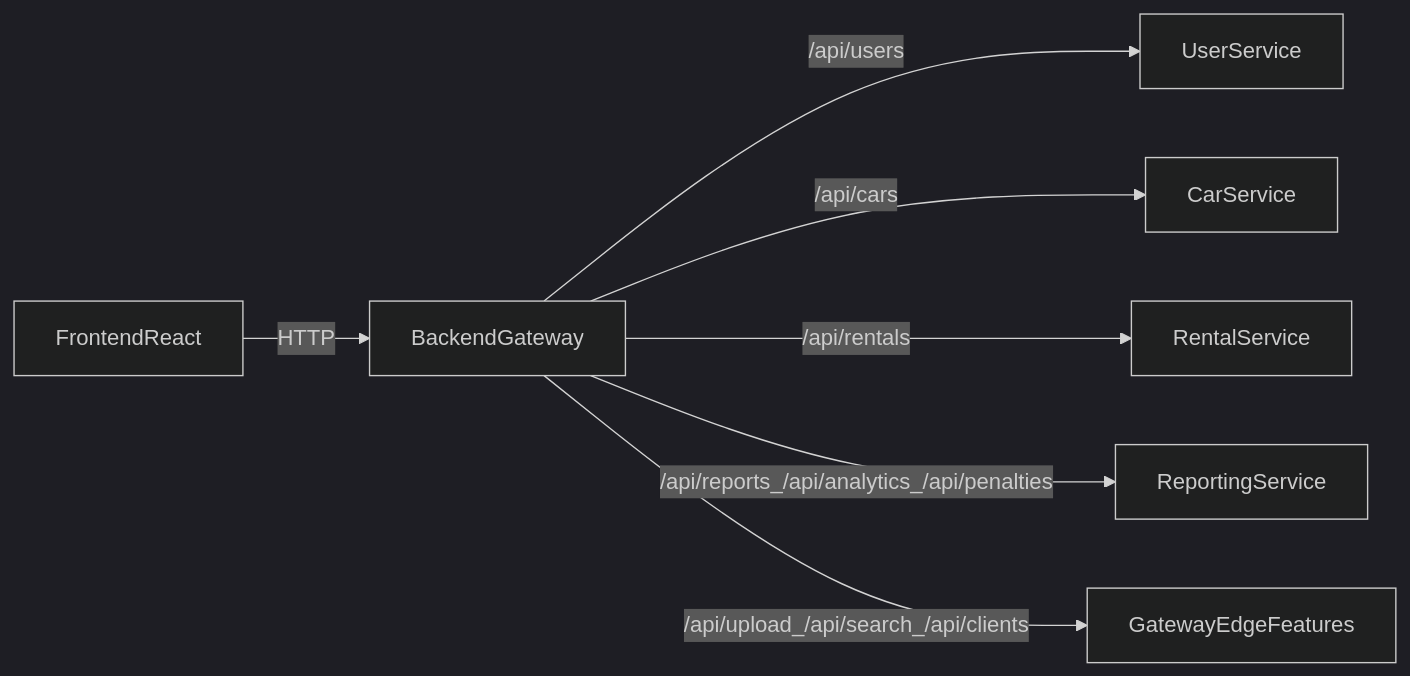
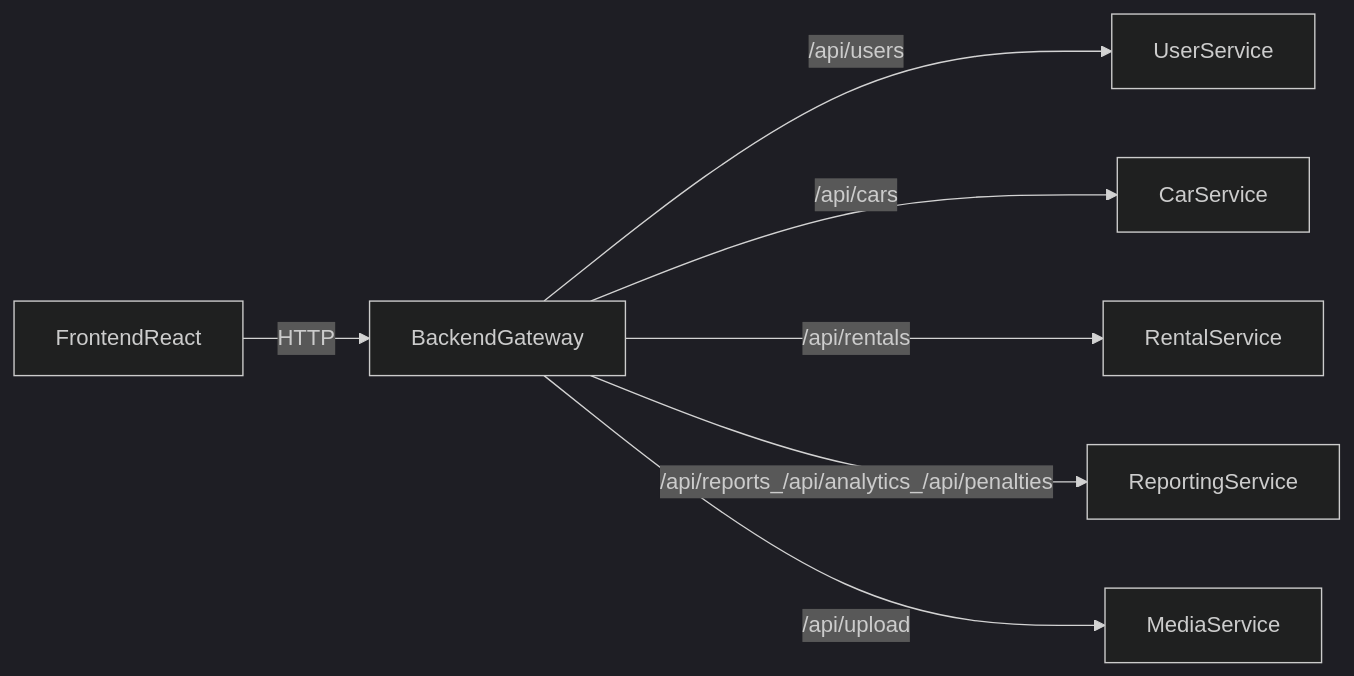
The diagram in docs/PROJECT_SPEC.md (Vadum4567890/kursova1.0), drawn with Mermaid (dark theme) before and after one commit. The commit also changed other lines of this file and 76 other files, not shown here.

````diff
--- a/docs/PROJECT_SPEC.md
+++ b/docs/PROJECT_SPEC.md
@@ -24,9 +24,9 @@
 ```mermaid
 flowchart LR
   Frontend[FrontendReact] -->|HTTP| Gateway[BackendGateway]
   Gateway -->|/api/users| UserService
   Gateway -->|/api/cars| CarService
   Gateway -->|/api/rentals| RentalService
   Gateway -->|/api/reports_/api/analytics_/api/penalties| ReportingService
-  Gateway -->|/api/upload_/api/search_/api/clients| GatewayEdge[GatewayEdgeFeatures]
+  Gateway -->|/api/upload| MediaService
 ```
````
